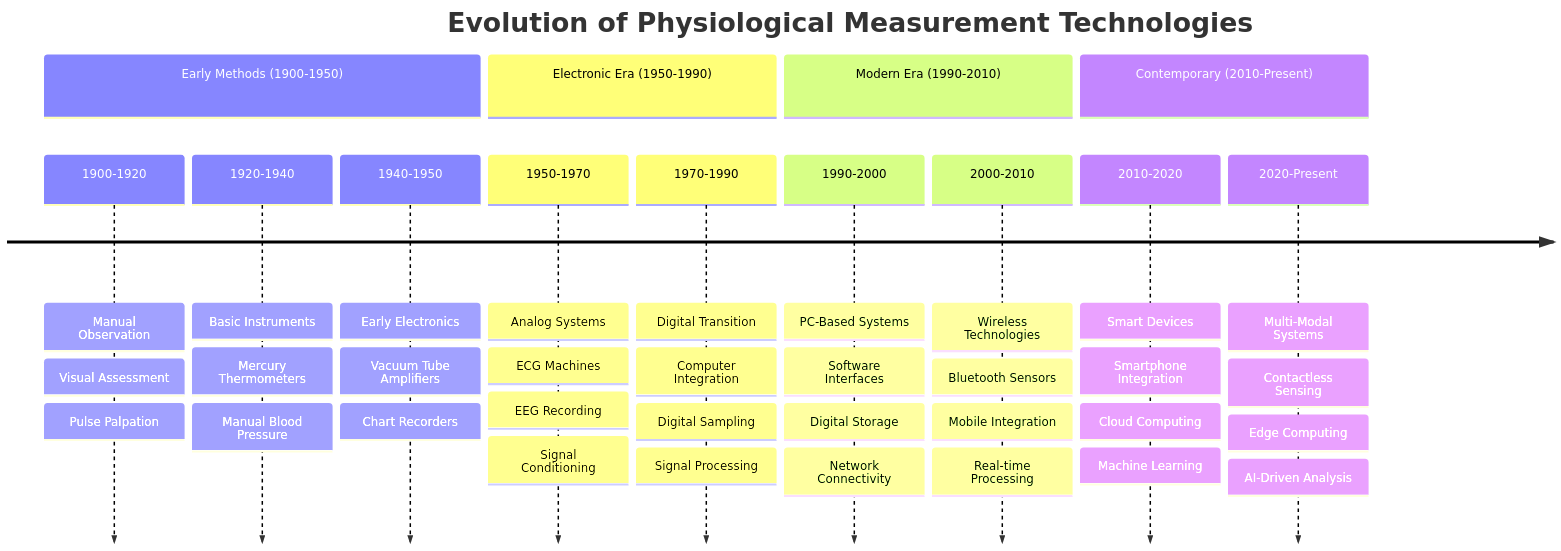
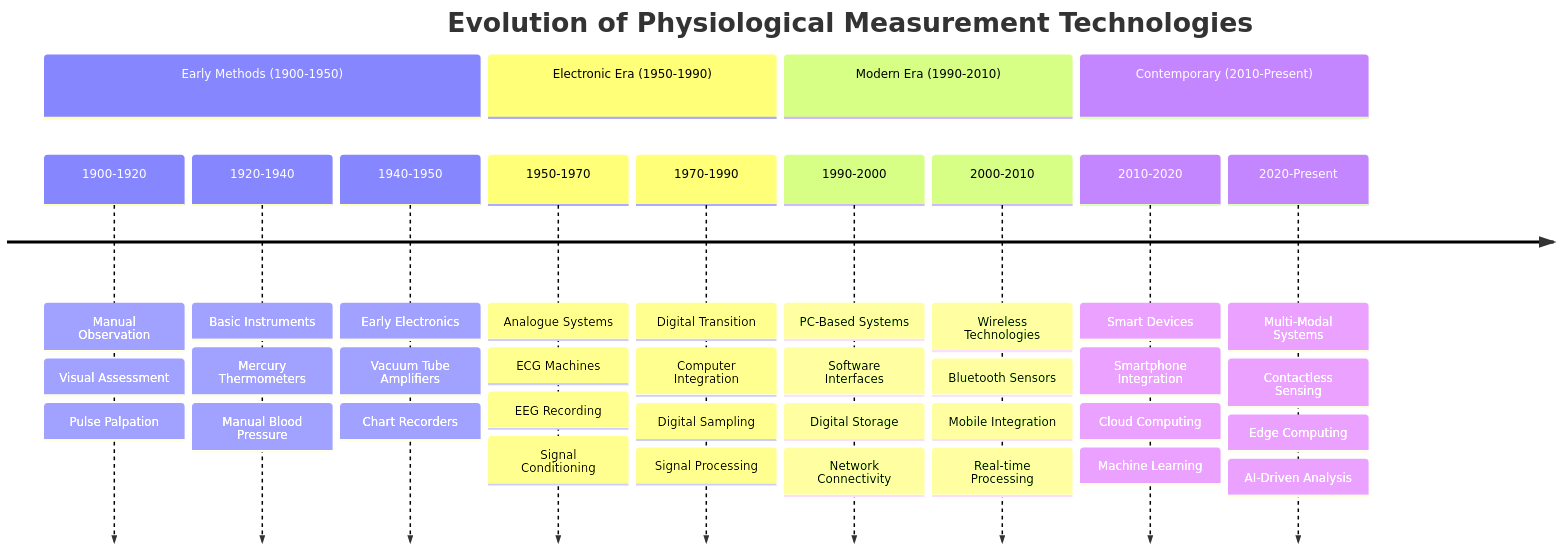
The second of 19 diagrams in docs/diagrams/missing_diagrams_generated.md (buccancs/fyp-multi-sensor-recording-system), drawn with Mermaid before and after one commit. The commit also changed other lines of this file and 56 other files, not shown here.

````diff
--- a/docs/diagrams/missing_diagrams_generated.md
+++ b/docs/diagrams/missing_diagrams_generated.md
@@ -53,45 +53,45 @@
 ```mermaid
 timeline
     title Evolution of Physiological Measurement Technologies
     
     section Early Methods (1900-1950)
         1900-1920 : Manual Observation
                  : Visual Assessment
                  : Pulse Palpation
         1920-1940 : Basic Instruments
                  : Mercury Thermometers
                  : Manual Blood Pressure
         1940-1950 : Early Electronics
                  : Vacuum Tube Amplifiers
                  : Chart Recorders
     
     section Electronic Era (1950-1990)
-        1950-1970 : Analog Systems
+        1950-1970 : Analogue Systems
                  : ECG Machines
                  : EEG Recording
                  : Signal Conditioning
         1970-1990 : Digital Transition
                  : Computer Integration
                  : Digital Sampling
                  : Signal Processing
     
     section Modern Era (1990-2010)
         1990-2000 : PC-Based Systems
                  : Software Interfaces
                  : Digital Storage
                  : Network Connectivity
         2000-2010 : Wireless Technologies
                  : Bluetooth Sensors
                  : Mobile Integration
                  : Real-time Processing
     
     section Contemporary (2010-Present)
         2010-2020 : Smart Devices
                  : Smartphone Integration
                  : Cloud Computing
                  : Machine Learning
         2020-Present : Multi-Modal Systems
                     : Contactless Sensing
                     : Edge Computing
                     : AI-Driven Analysis
 ```
````
